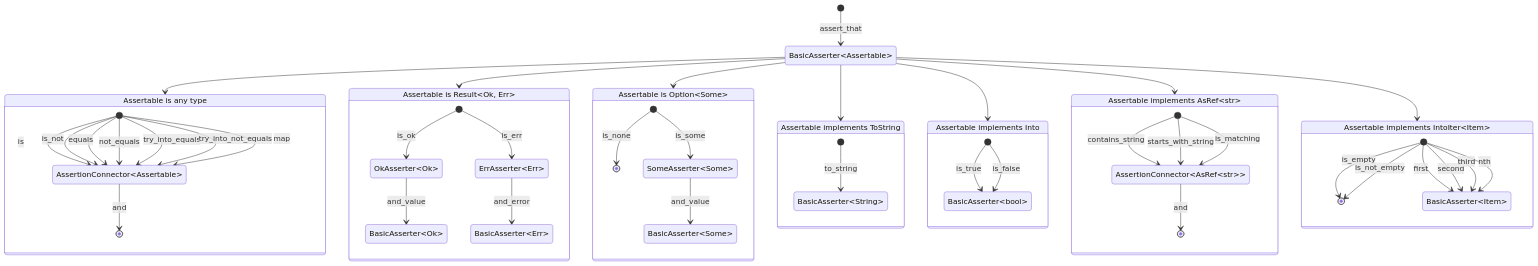
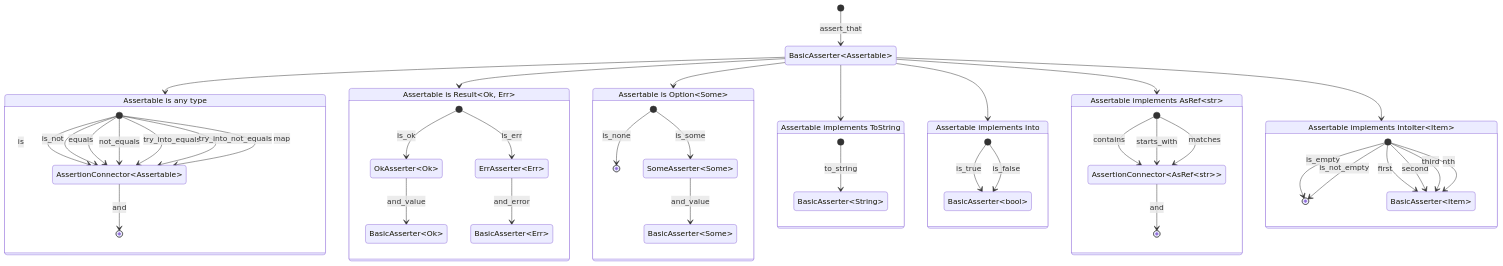
The diagram in README.md (open-schnick/Smoothy), drawn with Mermaid before and after one commit.

Commit message:
docs: update README.md to include renames

````diff
--- a/README.md
+++ b/README.md
@@ -35,53 +35,53 @@
 ```mermaid
 stateDiagram-v2
     [*] --> BasicAsserter&ltAssertable&gt : assert_that
     BasicAsserter&ltAssertable&gt --> Anything
     state "Assertable is any type" as Anything {
         [*] --> AssertionConnector&ltAssertable&gt : is
         [*] --> AssertionConnector&ltAssertable&gt : is_not
         [*] --> AssertionConnector&ltAssertable&gt : equals
         [*] --> AssertionConnector&ltAssertable&gt : not_equals
         [*] --> AssertionConnector&ltAssertable&gt : try_into_equals
         [*] --> AssertionConnector&ltAssertable&gt : try_into_not_equals
         [*] --> AssertionConnector&ltAssertable&gt : map
         AssertionConnector&ltAssertable&gt --> [*] : and
     }
     BasicAsserter&ltAssertable&gt --> Result
     state "Assertable is Result&ltOk, Err&gt" as Result {
         [*] --> OkAsserter&ltOk&gt : is_ok
         OkAsserter&ltOk&gt --> BasicAsserter&ltOk&gt : and_value
         [*] --> ErrAsserter&ltErr&gt : is_err
         ErrAsserter&ltErr&gt --> BasicAsserter&ltErr&gt : and_error
     }
     BasicAsserter&ltAssertable&gt --> Option
     state "Assertable is Option&ltSome&gt" as Option {
         [*] --> [*] : is_none
         [*] --> SomeAsserter&ltSome&gt : is_some
         SomeAsserter&ltSome&gt --> BasicAsserter&ltSome&gt : and_value
     }
     BasicAsserter&ltAssertable&gt --> ImplString
     state "Assertable implements ToString" as ImplString {
         [*] --> BasicAsserter&ltString&gt : to_string
     }
     BasicAsserter&ltAssertable&gt --> ImplToBool
     state "Assertable implements Into<bool>" as ImplToBool {
         [*] --> BasicAsserter&ltbool&gt : is_true
         [*] --> BasicAsserter&ltbool&gt : is_false
     }
     BasicAsserter&ltAssertable&gt --> ImplAsRefStr
     state "Assertable implements AsRef&ltstr&gt" as ImplAsRefStr {
-        [*] --> AssertionConnector&ltAsRef&ltstr&gt&gt : contains_string
-        [*] --> AssertionConnector&ltAsRef&ltstr&gt&gt : starts_with_string
-        [*] --> AssertionConnector&ltAsRef&ltstr&gt&gt : is_matching
+        [*] --> AssertionConnector&ltAsRef&ltstr&gt&gt : contains
+        [*] --> AssertionConnector&ltAsRef&ltstr&gt&gt : starts_with
+        [*] --> AssertionConnector&ltAsRef&ltstr&gt&gt : matches 
         AssertionConnector&ltAsRef&ltstr&gt&gt --> [*] : and
     }
     BasicAsserter&ltAssertable&gt --> ImplIntoIter
     state "Assertable implements IntoIter&ltItem&gt" as ImplIntoIter {
         [*] --> [*] : is_empty
         [*] --> [*] : is_not_empty
         [*] --> BasicAsserter&ltItem&gt: first
         [*] --> BasicAsserter&ltItem&gt: second
         [*] --> BasicAsserter&ltItem&gt: third
         [*] --> BasicAsserter&ltItem&gt: nth
     }
 ```
````
